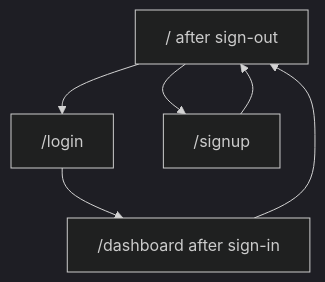
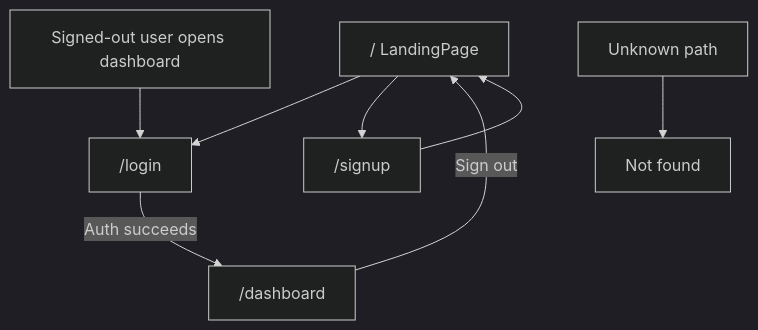
The diagram in docs/navigation-structure.md (Brajesh31/CodeTracker-Frontend), drawn with Mermaid (dark theme) before and after one commit. The commit also changed other lines of this file and 13 other files, not shown here.

```diff
--- a/docs/navigation-structure.md
+++ b/docs/navigation-structure.md
@@ -14,8 +15,10 @@
 ~~~mermaid
 flowchart TD
     Root["/ LandingPage"] --> Login["/login"]
     Root --> Signup["/signup"]
-    Login --> Dashboard["/dashboard after sign-in"]
+    Login -->|Auth succeeds| Dashboard["/dashboard"]
     Signup --> Root
-    Dashboard --> Root["/ after sign-out"]
+    Dashboard -->|Sign out| Root
+    Unknown["Unknown path"] --> NotFound["Not found"]
+    SignedOut["Signed-out user opens dashboard"] --> Login
 ~~~
```
